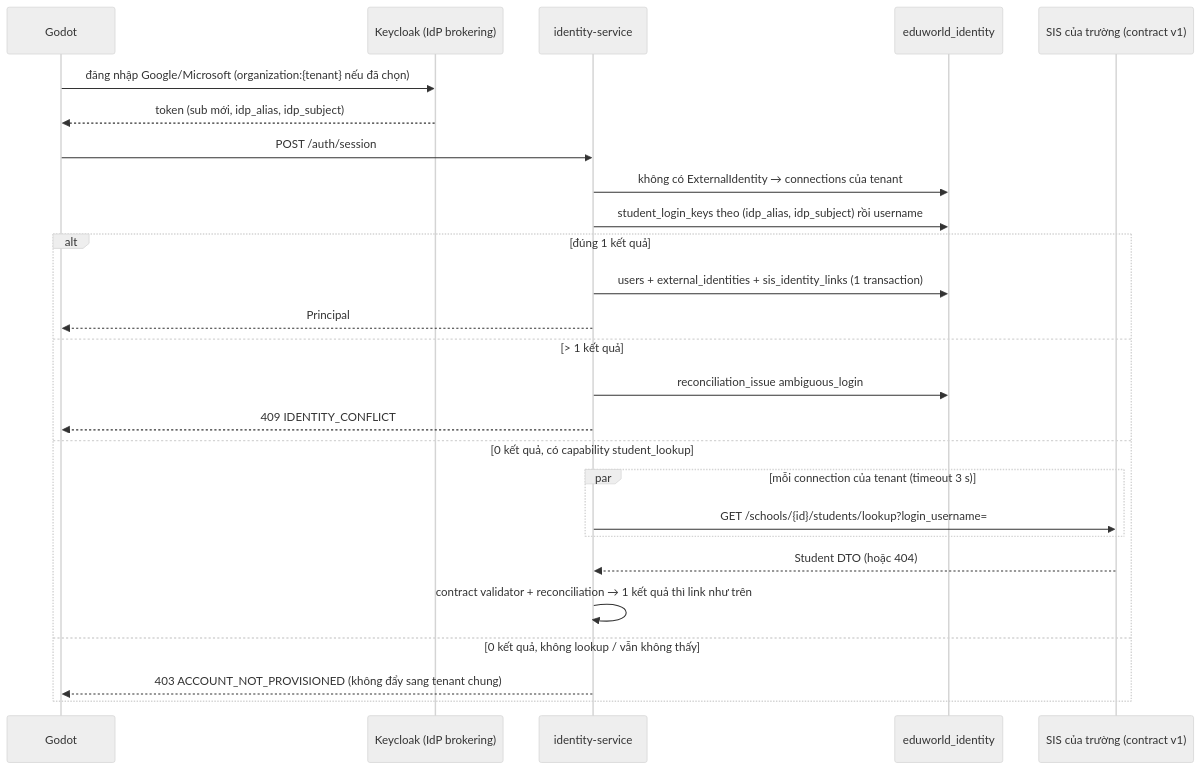
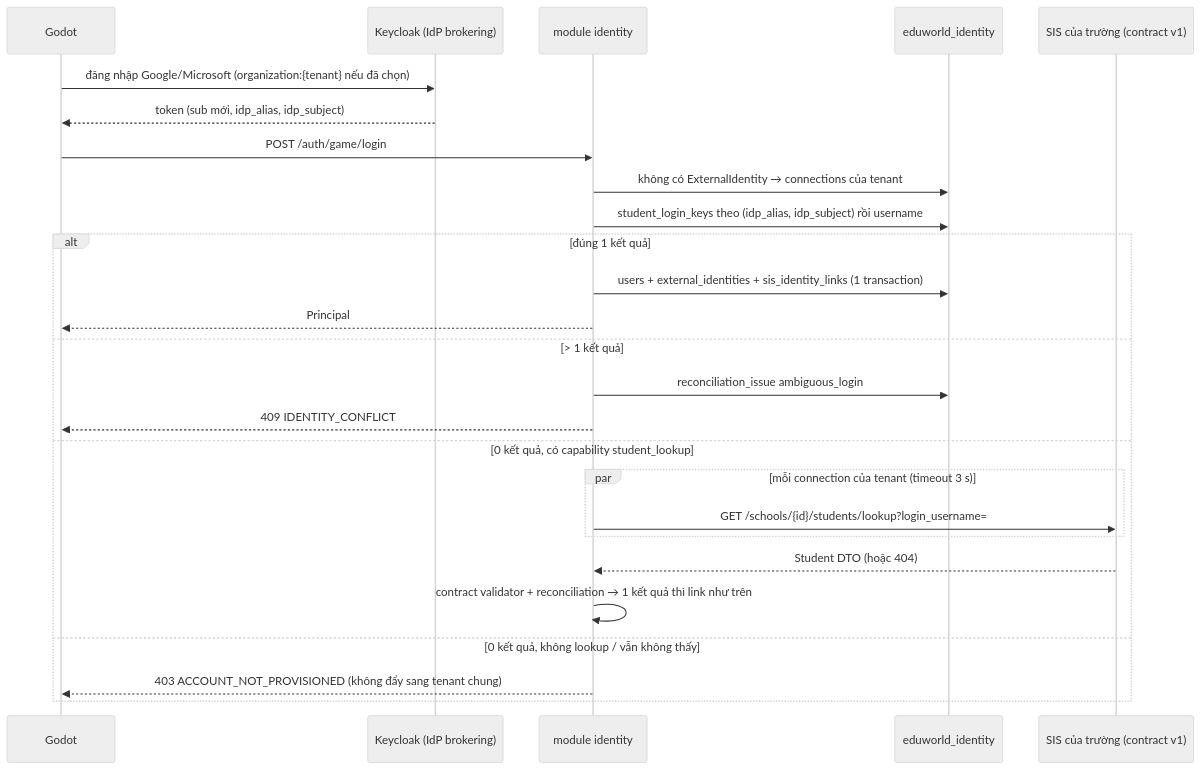
One commit to tanguyen2020/eduworld-platform changed the fourth of 5 diagrams in docs/09-identity/IDENTITY_MAPPING.md. Above: the diagram before and after it, drawn with Mermaid (neutral theme). The commit also changed other lines of this file and 922 other files, not shown here.

````diff
--- a/docs/09-identity/IDENTITY_MAPPING.md
+++ b/docs/09-identity/IDENTITY_MAPPING.md
@@ -220,28 +221,28 @@
 ```mermaid
 sequenceDiagram
   participant C as Godot
   participant KC as Keycloak (IdP brokering)
-  participant IDS as identity-service
+  participant IDS as module identity
   participant DB as eduworld_identity
   participant SIS as SIS của trường (contract v1)
   C->>KC: đăng nhập Google/Microsoft (organization:{tenant} nếu đã chọn)
   KC-->>C: token (sub mới, idp_alias, idp_subject)
-  C->>IDS: POST /auth/session
+  C->>IDS: POST /auth/game/login
   IDS->>DB: không có ExternalIdentity → connections của tenant
   IDS->>DB: student_login_keys theo (idp_alias, idp_subject) rồi username
   alt đúng 1 kết quả
     IDS->>DB: users + external_identities + sis_identity_links (1 transaction)
     IDS-->>C: Principal
   else > 1 kết quả
     IDS->>DB: reconciliation_issue ambiguous_login
     IDS-->>C: 409 IDENTITY_CONFLICT
   else 0 kết quả, có capability student_lookup
     par mỗi connection của tenant (timeout 3 s)
       IDS->>SIS: GET /schools/{id}/students/lookup?login_username=
     end
     SIS-->>IDS: Student DTO (hoặc 404)
     IDS->>IDS: contract validator + reconciliation → 1 kết quả thì link như trên
   else 0 kết quả, không lookup / vẫn không thấy
     IDS-->>C: 403 ACCOUNT_NOT_PROVISIONED (không đẩy sang tenant chung)
   end
 ```
````
